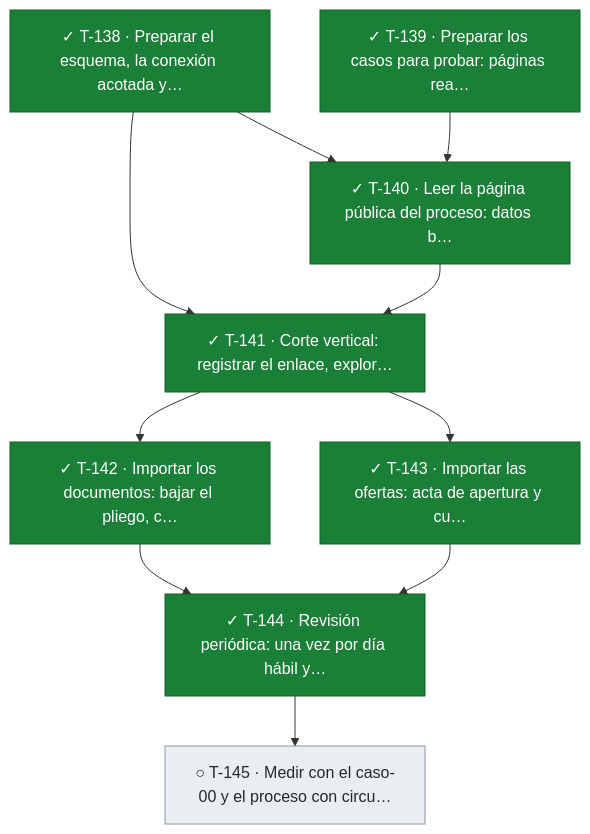
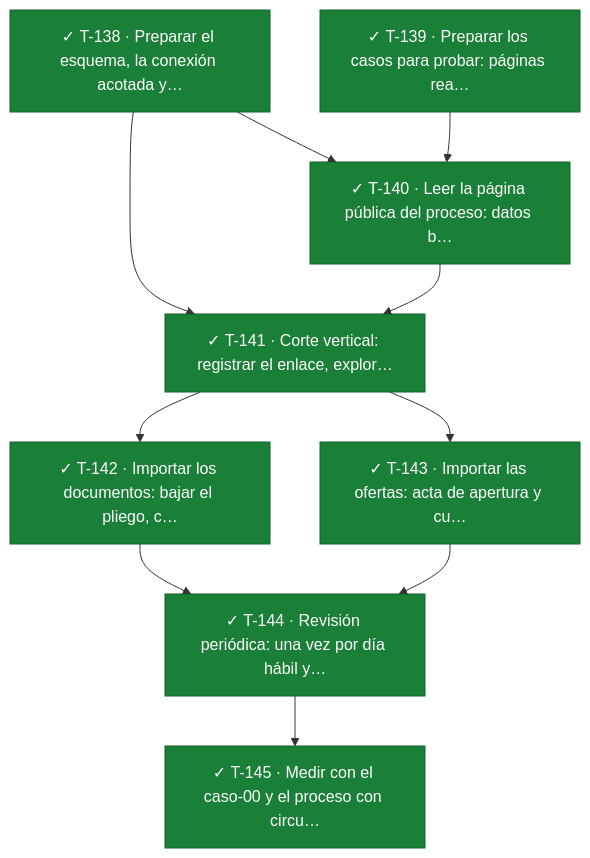
Diagram 11 of 11 in docs/tablero.md (snavello/EVALUON), drawn with Mermaid before and after one commit. The commit also changed other lines of this file and 1 other file, not shown here.

````diff
--- a/docs/tablero.md
+++ b/docs/tablero.md
@@ -835,25 +835,25 @@
 ```mermaid
 flowchart TD
   T138["✓ T-138 · Preparar el esquema, la conexión acotada y…"]:::done
   T139["✓ T-139 · Preparar los casos para probar: páginas rea…"]:::done
   T140["✓ T-140 · Leer la página pública del proceso: datos b…"]:::done
   T141["✓ T-141 · Corte vertical: registrar el enlace, explor…"]:::done
   T142["✓ T-142 · Importar los documentos: bajar el pliego, c…"]:::done
   T143["✓ T-143 · Importar las ofertas: acta de apertura y cu…"]:::done
   T144["✓ T-144 · Revisión periódica: una vez por día hábil y…"]:::done
-  T145["○ T-145 · Medir con el caso-00 y el proceso con circu…"]:::todo
+  T145["✓ T-145 · Medir con el caso-00 y el proceso con circu…"]:::done
   T138 --> T140
   T139 --> T140
   T138 --> T141
   T140 --> T141
   T141 --> T142
   T141 --> T143
   T142 --> T144
   T143 --> T144
   T144 --> T145
   classDef done fill:#1a7f37,stroke:#116329,color:#ffffff
   classDef review fill:#0969da,stroke:#0550ae,color:#ffffff
   classDef active fill:#bf8700,stroke:#7d4e00,color:#ffffff
   classDef blocked fill:#cf222e,stroke:#a40e26,color:#ffffff
   classDef todo fill:#eaeef2,stroke:#8c959f,color:#24292f
 ```
````
